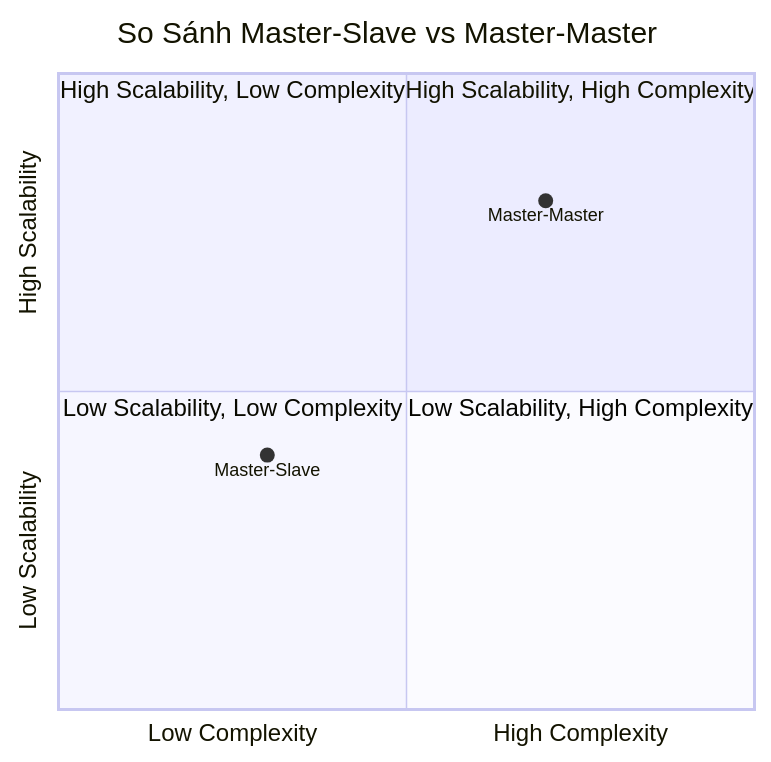
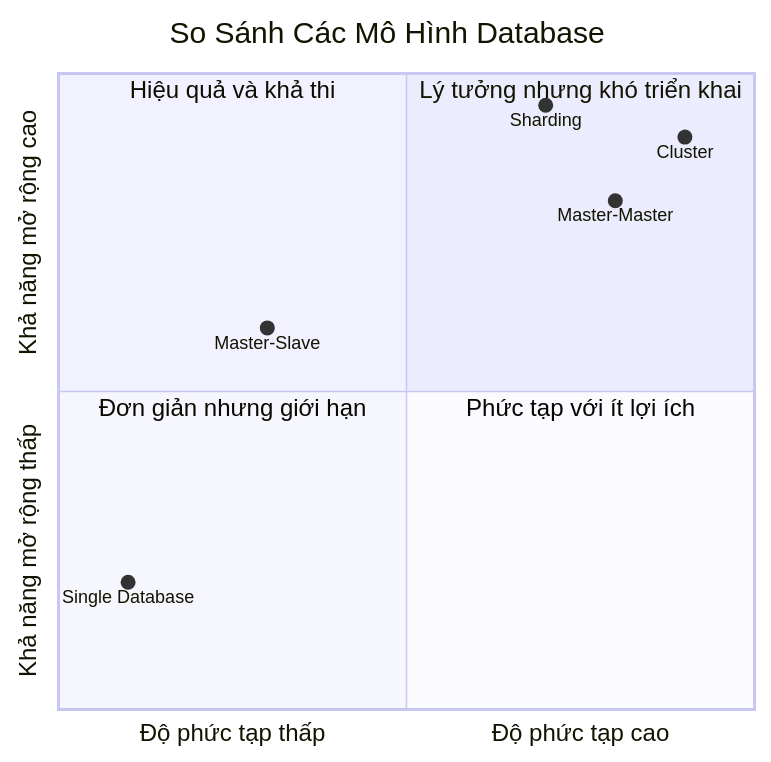
The sixth of 8 diagrams in master_slave.md (ngockhanhvd2812/DBA), drawn with Mermaid before and after one commit. The commit also changed other lines of this file, not shown here.

````diff
--- a/master_slave.md
+++ b/master_slave.md
@@ -201,12 +262,17 @@
 ```mermaid
 quadrantChart
-    title So Sánh Master-Slave vs Master-Master
-    x-axis Low Complexity --> High Complexity
-    y-axis Low Scalability --> High Scalability
-    quadrant-1 High Scalability, High Complexity
-    quadrant-2 High Scalability, Low Complexity
-    quadrant-3 Low Scalability, Low Complexity
-    quadrant-4 Low Scalability, High Complexity
-    Master-Slave: [0.3, 0.4]
-    Master-Master: [0.7, 0.8]
+    title So Sánh Các Mô Hình Database
+    x-axis "Độ phức tạp thấp" --> "Độ phức tạp cao"
+    y-axis "Khả năng mở rộng thấp" --> "Khả năng mở rộng cao"
+    quadrant-1 "Lý tưởng nhưng khó triển khai"
+    quadrant-2 "Hiệu quả và khả thi"
+    quadrant-3 "Đơn giản nhưng giới hạn"
+    quadrant-4 "Phức tạp với ít lợi ích"
+    
+    "Master-Slave": [0.3, 0.6]
+    "Master-Master": [0.8, 0.8]
+    "Sharding": [0.7, 0.95]
+    "Single Database": [0.1, 0.2]
+    "Cluster": [0.9, 0.9]
+
 ```
````
